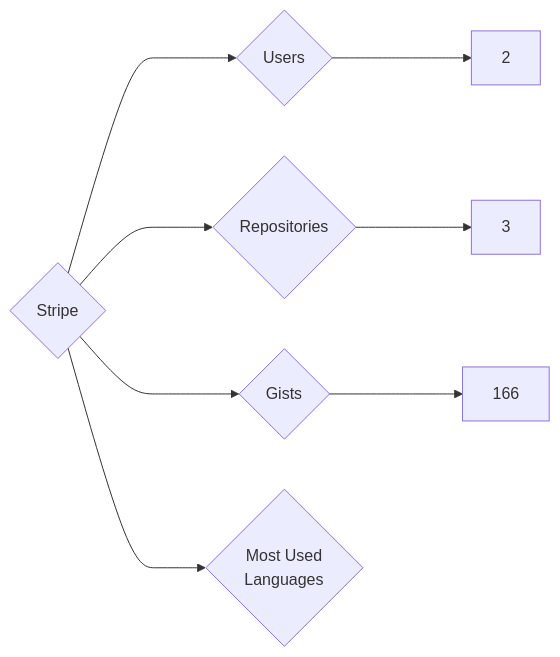
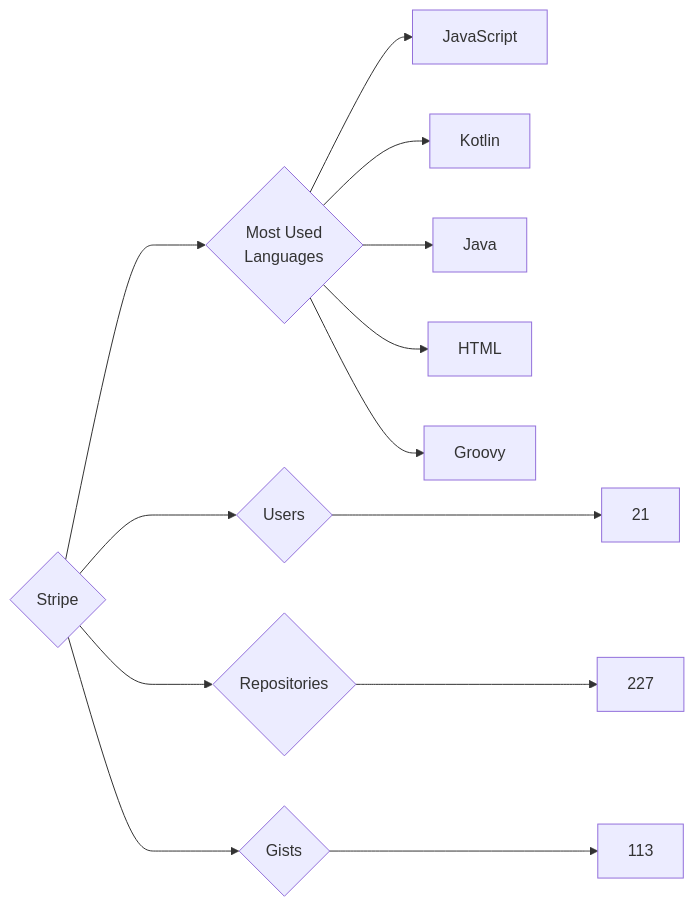
One commit to trickest/insiders changed the diagram in targets/Stripe/README.md. Above: the diagram before and after it, drawn with Mermaid. The commit also changed 898 other files, not shown here.

````diff
--- a/targets/Stripe/README.md
+++ b/targets/Stripe/README.md
@@ -3,8 +3,13 @@
 ```mermaid
 graph LR
 COMPANY_NAME{Stripe}
-COMPANY_NAME ---> U{Users} ---> UN[2]
-COMPANY_NAME ---> R{Repositories} ---> RN[3]
-COMPANY_NAME ---> G{Gists} ---> GN[166]
+COMPANY_NAME ---> U{Users} ---> UN[21]
+COMPANY_NAME ---> R{Repositories} ---> RN[227]
+COMPANY_NAME ---> G{Gists} ---> GN[113]
 COMPANY_NAME ---> ML{Most Used<br>Languages}
+ML --> JavaScript[JavaScript]
+ML --> Kotlin[Kotlin]
+ML --> Java[Java]
+ML --> HTML[HTML]
+ML --> Groovy[Groovy]
 ```
````
